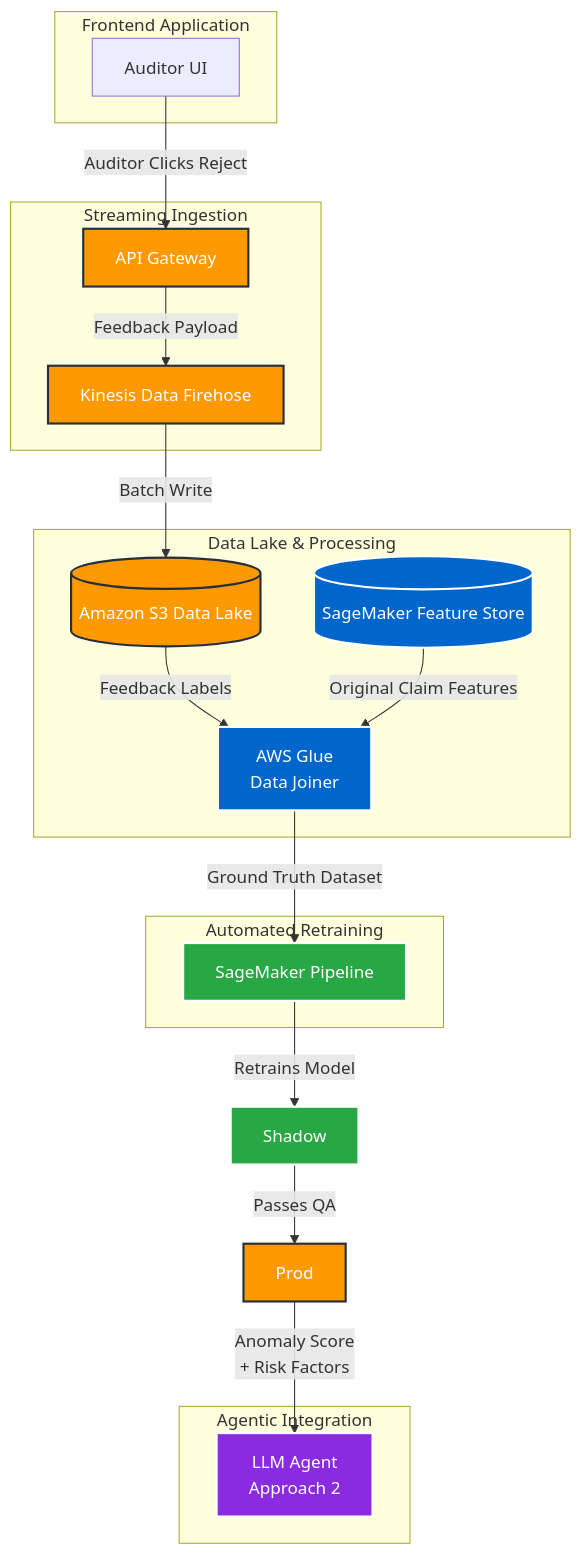
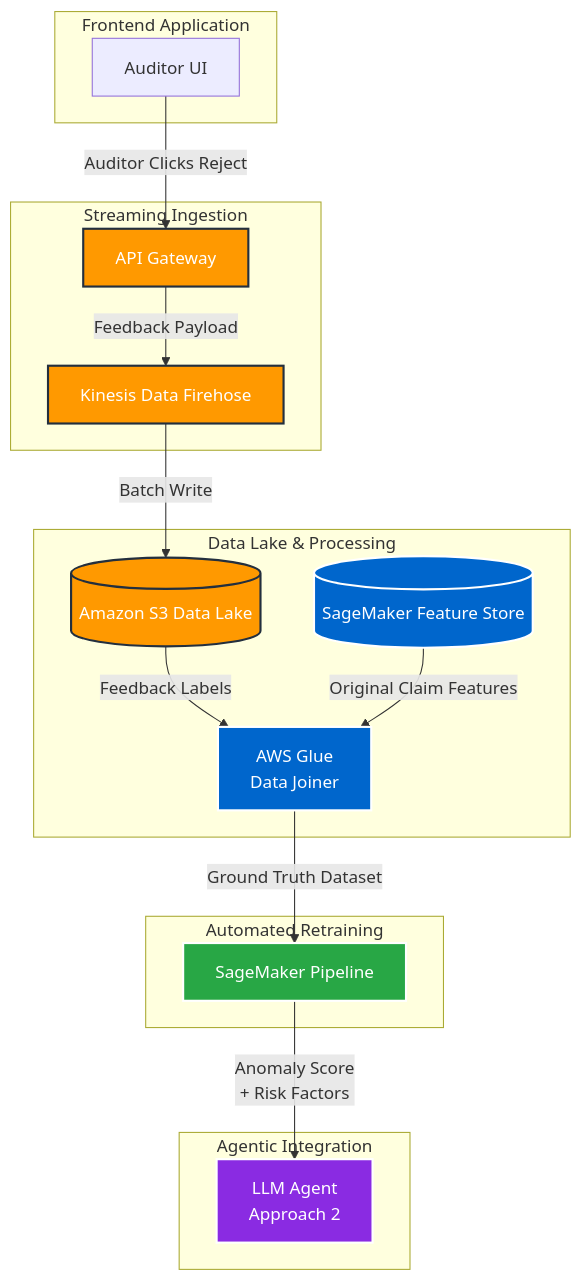
One commit to VinodKumarKP/my_portfolio changed the first of 2 diagrams in src/content/proof-of-concepts/auditor-feedback-loop.md. Above: the diagram before and after it, drawn with Mermaid.

````diff
--- a/src/content/proof-of-concepts/auditor-feedback-loop.md
+++ b/src/content/proof-of-concepts/auditor-feedback-loop.md
@@ -25,45 +25,43 @@
 ```mermaid
 graph TD
     subgraph Frontend Application
         UI[Auditor UI]
     end
 
     subgraph Streaming Ingestion
         API[API Gateway]
         Kin[Kinesis Data Firehose]
     end
 
     subgraph Data Lake & Processing
         S3[(Amazon S3 Data Lake)]
         FS[(SageMaker Feature Store)]
         Glue[AWS Glue\nData Joiner]
     end
 
     subgraph Automated Retraining
         Pipe[SageMaker Pipeline]
     end
 
     subgraph Agentic Integration
         Agent[LLM Agent\nApproach 2]
     end
 
     UI -->|Auditor Clicks Reject| API
     API -->|Feedback Payload| Kin
     Kin -->|Batch Write| S3
     S3 -->|Feedback Labels| Glue
     FS -->|Original Claim Features| Glue
     Glue -->|Ground Truth Dataset| Pipe
-    Pipe -->|Retrains Model| Shadow
-    Shadow -->|Passes QA| Prod
-    Prod -->|Anomaly Score\n+ Risk Factors| Agent
+    Pipe -->|Anomaly Score\n+ Risk Factors| Agent
 
     classDef aws fill:#FF9900,stroke:#232F3E,stroke-width:2px,color:#fff;
     classDef data fill:#0066cc,stroke:#fff,stroke-width:2px,color:#fff;
     classDef ml fill:#28a745,stroke:#fff,stroke-width:2px,color:#fff;
     classDef hybrid fill:#8a2be2,stroke:#fff,stroke-width:2px,color:#fff;
     
     class API,Kin,S3,Prod aws;
     class FS,Glue data;
     class Pipe,Shadow ml;
     class Agent hybrid;
 ```
````
